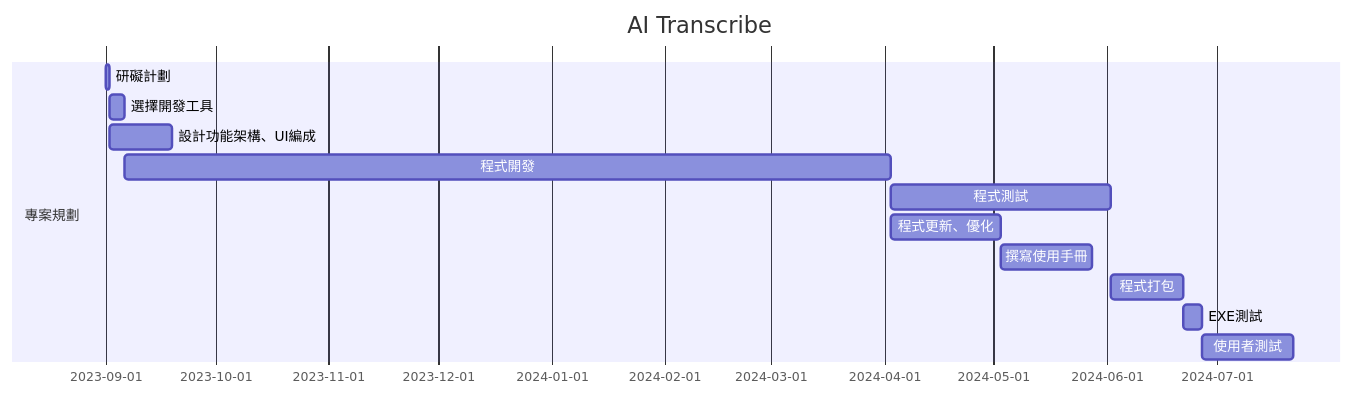
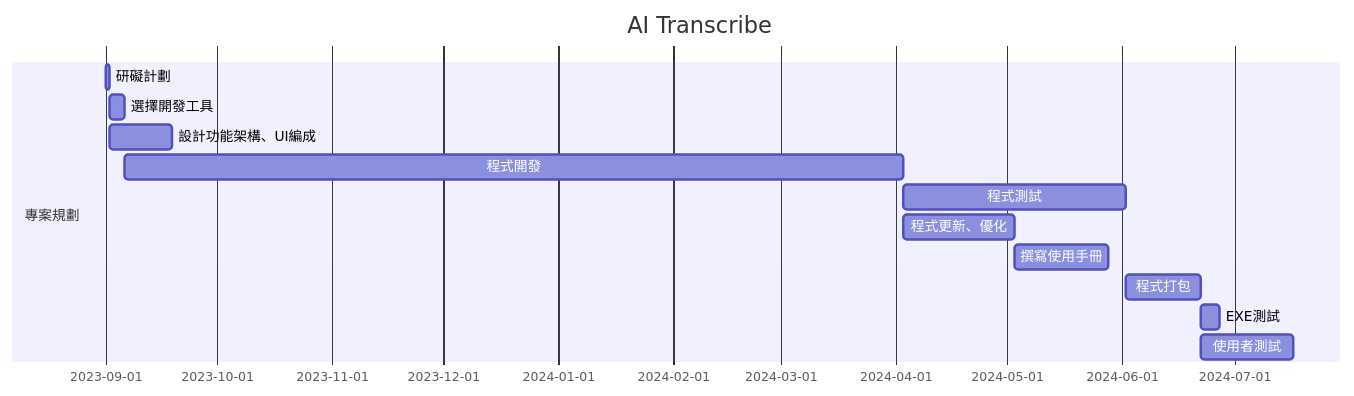
One commit to MITC110118132/23a changed the third of 4 diagrams in hw2.md. Above: the diagram before and after it, drawn with Mermaid.

````diff
--- a/hw2.md
+++ b/hw2.md
@@ -34,16 +34,16 @@
 ```mermaid
 gantt
     title AI Transcribe
 
     section 專案規劃
     研礙計劃           :a1, 2023-09-01, 1d
     選擇開發工具           :a2, after a1  , 4d
     設計功能架構、UI編成           :a3, after a1  , 17d
     程式開發           :a4, after a2  , 210d
     程式測試           :a5, after a4  , 60d
     程式更新、優化           :a6, after a4  , 30d
     撰寫使用手冊        :a7, after a6  , 25d
     程式打包           :a7, after a5  , 20d
     EXE測試           :a9, after a7  , 5d
-    使用者測試         :a10, after a9  , 25d
+    使用者測試         :a10, after a7  , 25d
 ```
````
